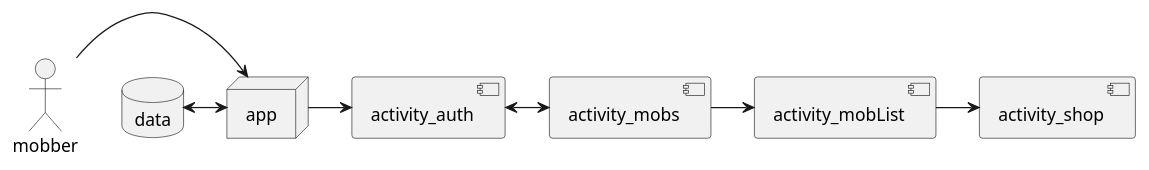
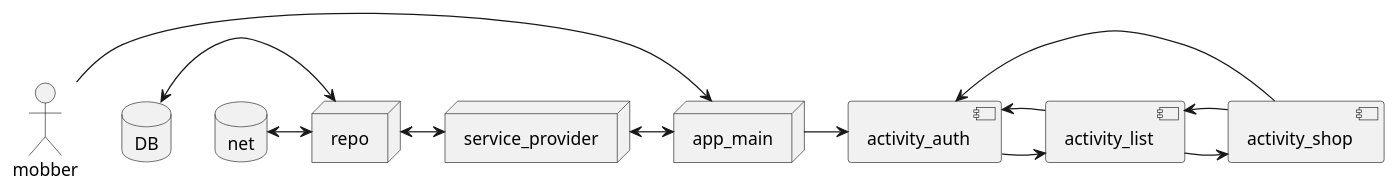
One commit to fwornle/MobShop changed the diagram in doc/Design.md. Above: the diagram before and after it, drawn with PlantUML. The commit also changed other lines of this file and 1 other file, not shown here.

Commit message:
principal architecture (at activity level)

````diff
--- a/doc/Design.md
+++ b/doc/Design.md
@@ -24,18 +98,25 @@
 ```plantuml
 @startuml component
 component activity_auth
-component activity_mobs
-component activity_mobList
+component activity_list
 component activity_shop
 actor mobber
-node app
-database data
+node app_main
+node service_provider
+node repo
+database DB
+database net
 
-mobber -> app
-data <-> app
-app -> activity_auth
-activity_auth <-> activity_mobs
-activity_mobs -> activity_mobList
-activity_mobList -> activity_shop
+mobber -> app_main
+DB <-> repo
+net <-> repo
+repo <-> service_provider
+service_provider <-> app_main
+app_main -> activity_auth
+activity_auth -> activity_list
+activity_auth <- activity_list
+activity_list -> activity_shop
+activity_list <- activity_shop
+activity_shop -> activity_auth
 @enduml
 ```
````
